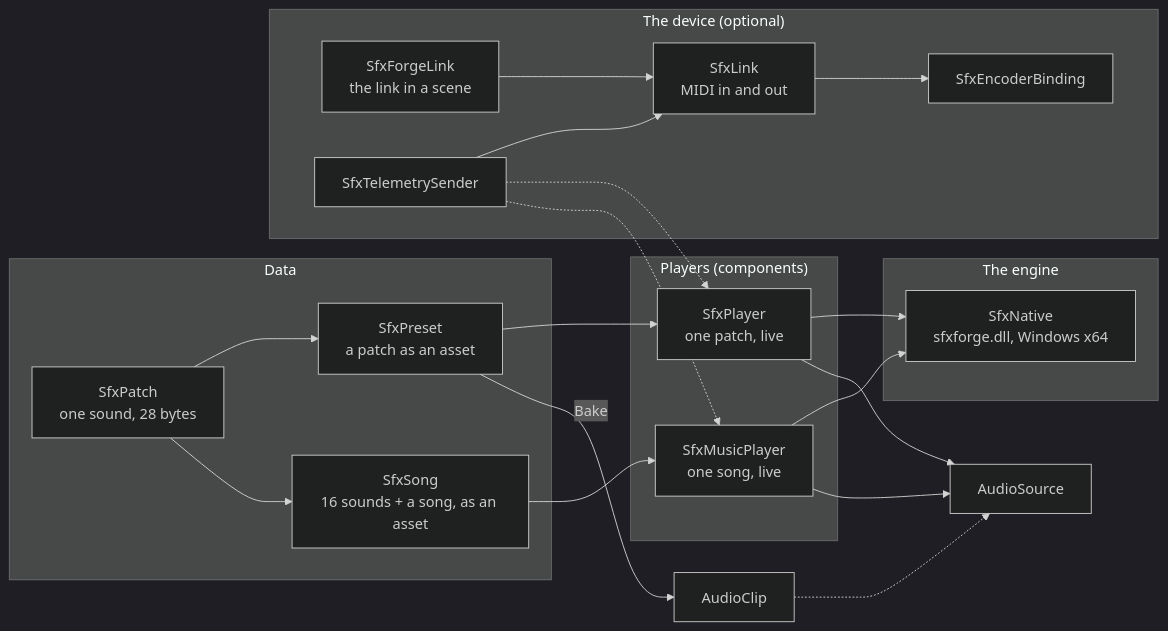
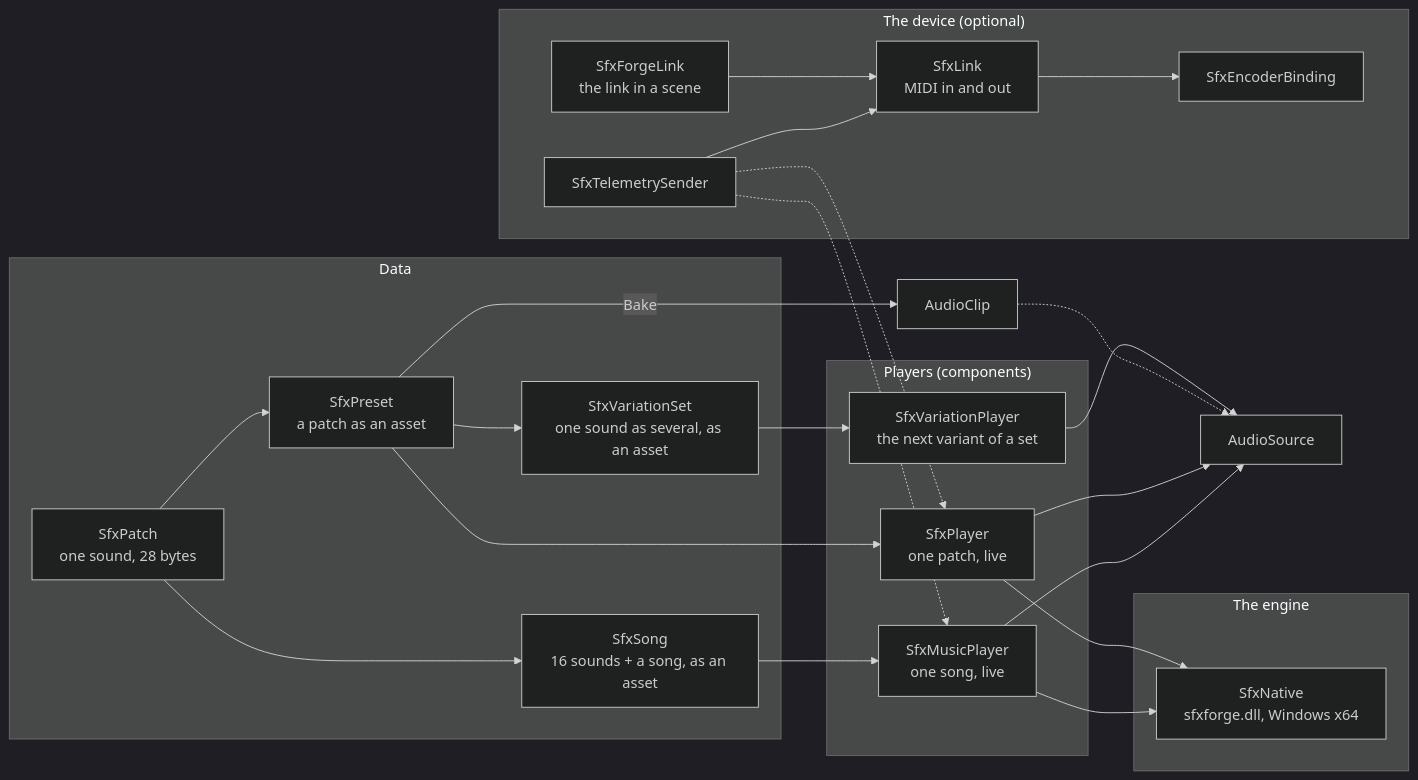
Before and after one commit to Cat-Splat-Studios/sfx-forge-unity: the first of 2 diagrams in Documentation~/UNITY.md, drawn with Mermaid (dark theme). The commit also changed other lines of this file and 96 other files, not shown here.

````diff
--- a/Documentation~/UNITY.md
+++ b/Documentation~/UNITY.md
@@ -122,36 +123,41 @@
 ```mermaid
 flowchart LR
   subgraph DATA["Data"]
     PATCH["SfxPatch<br/>one sound, 28 bytes"]
     PRESET["SfxPreset<br/>a patch as an asset"]
     SONG["SfxSong<br/>16 sounds + a song, as an asset"]
+    VSET["SfxVariationSet<br/>one sound as several, as an asset"]
   end
   subgraph PLAY["Players (components)"]
     SP["SfxPlayer<br/>one patch, live"]
     MP["SfxMusicPlayer<br/>one song, live"]
+    VP["SfxVariationPlayer<br/>the next variant of a set"]
   end
   subgraph ENGINE["The engine"]
     NATIVE["SfxNative<br/>sfxforge.dll, Windows x64"]
   end
   subgraph LINK["The device (optional)"]
     SL["SfxLink<br/>MIDI in and out"]
     FL["SfxForgeLink<br/>the link in a scene"]
     TS["SfxTelemetrySender"]
     EB["SfxEncoderBinding"]
   end
   PATCH --> PRESET
   PATCH --> SONG
   PRESET --> SP
   SONG --> MP
   PRESET -- "Bake" --> CLIP["AudioClip"]
+  PRESET --> VSET
+  VSET --> VP
+  VP --> AS
   SP --> NATIVE
   MP --> NATIVE
   CLIP -.-> AS["AudioSource"]
   SP --> AS
   MP --> AS
   FL --> SL
   TS --> SL
   TS -.-> SP
   TS -.-> MP
   SL --> EB
 ```
````
